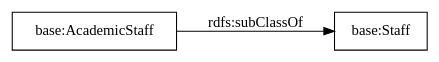
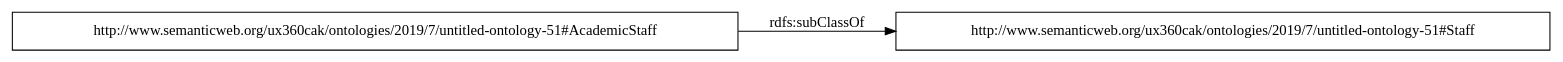
Before and after one commit to albaizq/FDLTutorialPublishedOntology: the diagram in OnToology/ontology/ontology.owl/diagrams/ar2dtool-taxonomy/ontology.owl.png.dot, drawn with Graphviz. The commit also changed 12 other files, not shown here.

```diff
--- a/OnToology/ontology/ontology.owl/diagrams/ar2dtool-taxonomy/ontology.owl.png.dot
+++ b/OnToology/ontology/ontology.owl/diagrams/ar2dtool-taxonomy/ontology.owl.png.dot
@@ -1,7 +1,7 @@
 digraph ar2dtool_diagram { 
 rankdir=LR;
 size="1000"
-node [shape = rectangle, color="black"]; "base:Staff" "base:AcademicStaff" ; /*classes style*/
-	"base:AcademicStaff" -> "base:Staff" [ label = "rdfs:subClassOf" ];
+node [shape = rectangle, color="black"]; "http://www.semanticweb.org/ux360cak/ontologies/2019/7/untitled-ontology-51#Staff" "http://www.semanticweb.org/ux360cak/ontologies/2019/7/untitled-ontology-51#AcademicStaff" ; /*classes style*/
+	"http://www.semanticweb.org/ux360cak/ontologies/2019/7/untitled-ontology-51#AcademicStaff" -> "http://www.semanticweb.org/ux360cak/ontologies/2019/7/untitled-ontology-51#Staff" [ label = "rdfs:subClassOf" ];
 
 }
```
